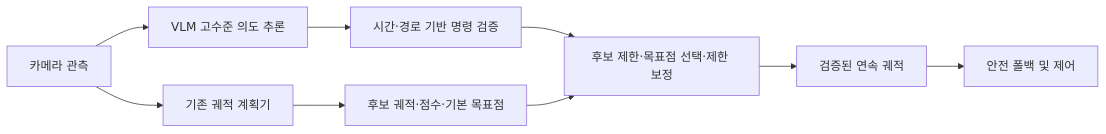
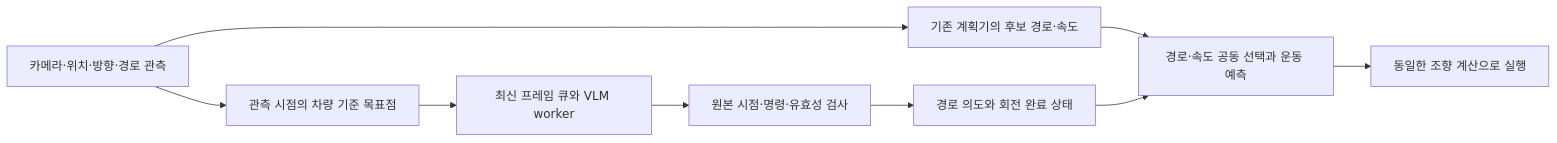
Before and after one commit to YuMinBee/vlm-guided-planner-intervention: the diagram in README.md, drawn with Mermaid. The commit also changed other lines of this file and 8 other files, not shown here.

````diff
--- a/README.md
+++ b/README.md
@@ -21,11 +12,11 @@
 ```mermaid
 flowchart LR
-    A[카메라 관측] --> B[VLM 고수준 의도 추론]
-    A --> C[기존 궤적 계획기]
-    B --> D[시간·경로 기반 명령 검증]
-    C --> E[후보 궤적·점수·기본 목표점]
-    D --> F[후보 제한·목표점 선택·제한 보정]
-    E --> F
-    F --> G[검증된 연속 궤적]
-    G --> H[안전 폴백 및 제어]
+    A[카메라·위치·방향·경로 관측] --> B[관측 시점의 차량 기준 목표점]
+    A --> C[기존 계획기의 후보 경로·속도]
+    B --> D[최신 프레임 큐와 VLM worker]
+    D --> E[원본 시점·명령·유효성 검사]
+    E --> F[경로 의도와 회전 완료 상태]
+    C --> G[경로·속도 공동 선택과 운동 예측]
+    F --> G
+    G --> H[동일한 조향 계산으로 실행]
 ```
````
